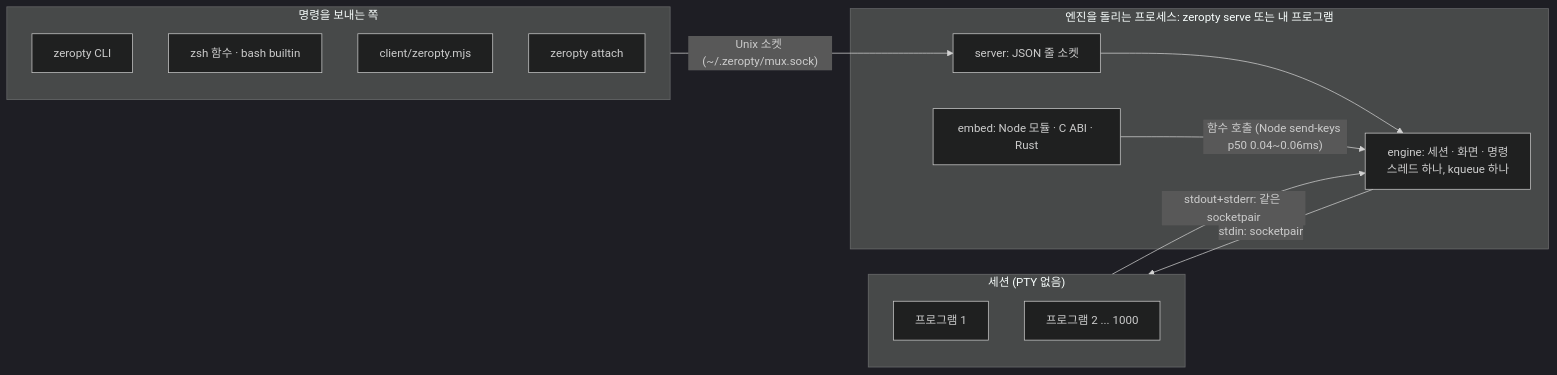
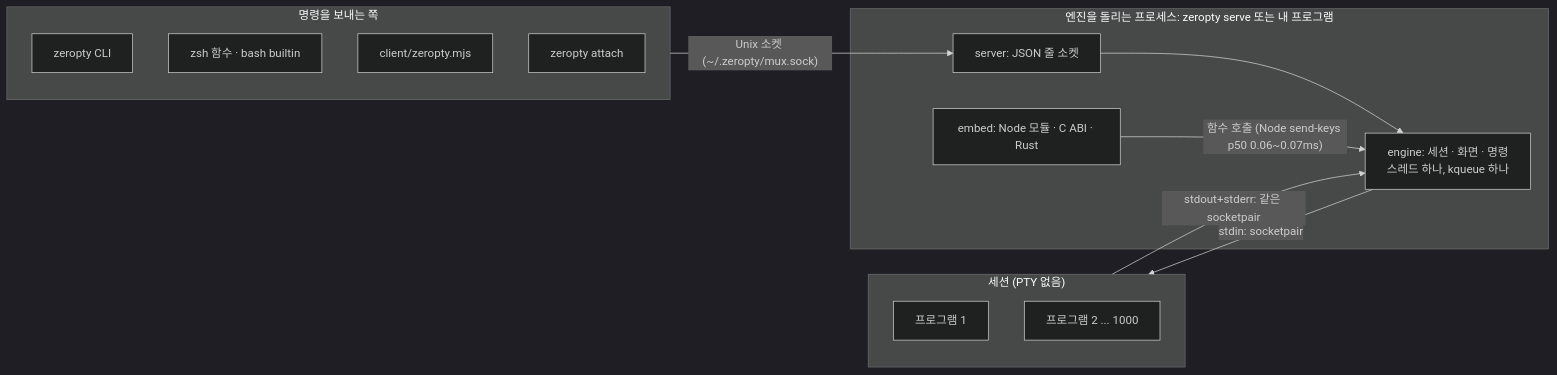
Before and after one commit to CreatiCoding/zeropty: the first of 5 diagrams in docs/ko/DESIGN.md, drawn with Mermaid (dark theme). The commit also changed other lines of this file and 32 other files, not shown here.

````diff
--- a/docs/ko/DESIGN.md
+++ b/docs/ko/DESIGN.md
@@ -24,23 +24,23 @@
 ```mermaid
 flowchart LR
   subgraph clients["명령을 보내는 쪽"]
     cli["zeropty CLI"]
     sh["zsh 함수 · bash builtin"]
     node["client/zeropty.mjs"]
     att["zeropty attach"]
   end
   subgraph host["엔진을 돌리는 프로세스: zeropty serve 또는 내 프로그램"]
     srv["server: JSON 줄 소켓"]
     eng["engine: 세션 · 화면 · 명령<br/>스레드 하나, kqueue 하나"]
     emb["embed: Node 모듈 · C ABI · Rust"]
   end
   subgraph sessions["세션 (PTY 없음)"]
     p1["프로그램 1"]
     p2["프로그램 2 ... 1000"]
   end
   clients -->|"Unix 소켓 (~/.zeropty/mux.sock)"| srv
   srv --> eng
-  emb -->|"함수 호출 (Node send-keys p50 0.04~0.06ms)"| eng
+  emb -->|"함수 호출 (Node send-keys p50 0.06~0.07ms)"| eng
   eng -->|"stdin: socketpair"| sessions
   sessions -->|"stdout+stderr: 같은 socketpair"| eng
 ```
````
